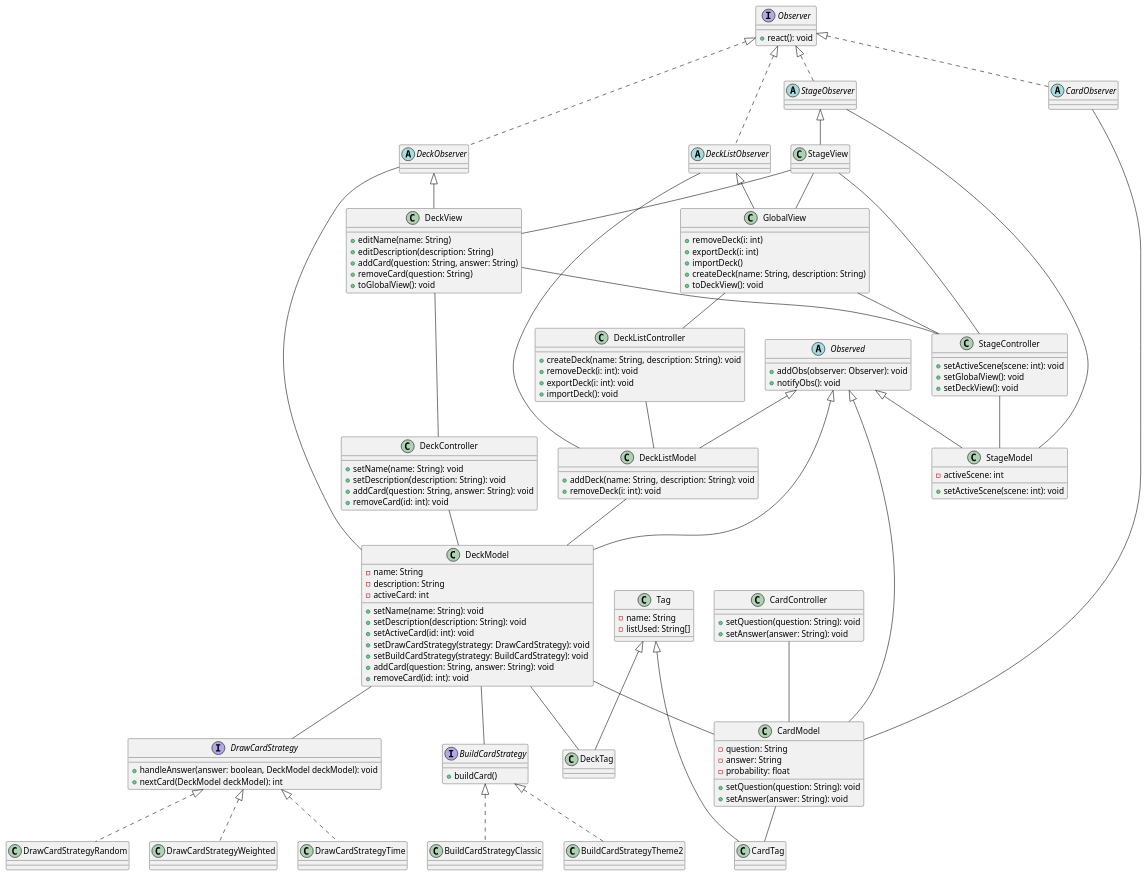
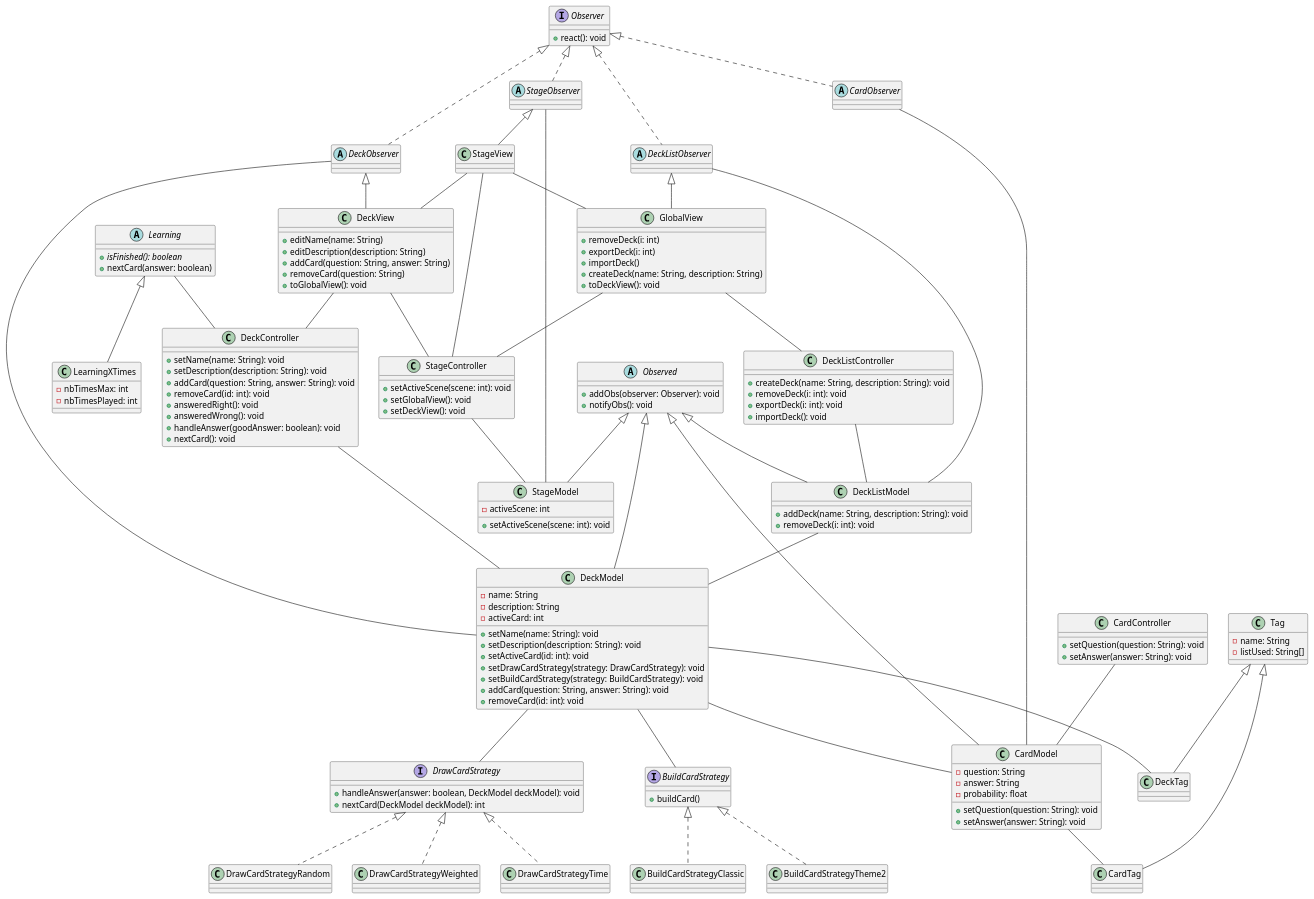
The diagram in GestionProjet/classDiagram.wsd (BigBaz54/TN_Flashcards), drawn with PlantUML before and after one commit.

Commit message:
[+] ajout Learning diagramme

```diff
--- a/GestionProjet/classDiagram.wsd
+++ b/GestionProjet/classDiagram.wsd
@@ -1,161 +1,175 @@
 @startuml
 interface Observer {
     + react(): void
 }
 
 abstract class CardObserver implements Observer {
 }
 
 abstract class DeckObserver implements Observer {
 }
 
 abstract class DeckListObserver implements Observer {
 }
 
 abstract class StageObserver implements Observer {
 }
 
 abstract class Observed {
     + addObs(observer: Observer): void
     + notifyObs(): void
 }
 
 class GlobalView extends DeckListObserver {
     + removeDeck(i: int)
     + exportDeck(i: int)
     + importDeck()
     + createDeck(name: String, description: String)
     + toDeckView(): void
 }
 
 class DeckView extends DeckObserver {
     + editName(name: String)
     + editDescription(description: String)
     + addCard(question: String, answer: String)
     + removeCard(question: String)
     + toGlobalView(): void
 }
 
 class StageView extends StageObserver {
 }
 
 class DeckListModel extends Observed {
     + addDeck(name: String, description: String): void
     + removeDeck(i: int): void
 }
 
 class DeckModel extends Observed {
     - name: String
     - description: String
     - activeCard: int
     + setName(name: String): void
     + setDescription(description: String): void
     + setActiveCard(id: int): void
     + setDrawCardStrategy(strategy: DrawCardStrategy): void
     + setBuildCardStrategy(strategy: BuildCardStrategy): void
     + addCard(question: String, answer: String): void
     + removeCard(id: int): void
 }
 
 class CardModel extends Observed {
     - question: String
     - answer: String
     - probability: float
     + setQuestion(question: String): void
     + setAnswer(answer: String): void
 }
 
 class StageModel extends Observed {
     - activeScene: int
     + setActiveScene(scene: int): void
 }
 
 class DeckListController {
     + createDeck(name: String, description: String): void
     + removeDeck(i: int): void
     + exportDeck(i: int): void
     + importDeck(): void
 }
 
 class DeckController {
     + setName(name: String): void
     + setDescription(description: String): void
     + addCard(question: String, answer: String): void
     + removeCard(id: int): void
+    + answeredRight(): void
+    + answeredWrong(): void
+    + handleAnswer(goodAnswer: boolean): void
+    + nextCard(): void
 }
 
 class CardController {
     + setQuestion(question: String): void
     + setAnswer(answer: String): void
 }
 
 class StageController {
     + setActiveScene(scene: int): void
     + setGlobalView(): void
     + setDeckView(): void
 }
 
 class Tag {
     - name: String
     - listUsed: String[]
 }
 
 class CardTag extends Tag {
 }
 
 class DeckTag extends Tag {
 }
 
 interface DrawCardStrategy {
     + handleAnswer(answer: boolean, DeckModel deckModel): void
     + nextCard(DeckModel deckModel): int
 }
 
 interface BuildCardStrategy {
     + buildCard()
 }
 
 class BuildCardStrategyClassic implements BuildCardStrategy {
 }
 
 class BuildCardStrategyTheme2 implements BuildCardStrategy {
 }
 
 class DrawCardStrategyRandom implements DrawCardStrategy {
 }
 
 class DrawCardStrategyWeighted implements DrawCardStrategy {
 }
 
 class DrawCardStrategyTime implements DrawCardStrategy {
 }
 
+abstract class Learning {
+    + //isFinished(): boolean//
+    + nextCard(answer: boolean)
+}
+
+class LearningXTimes extends Learning {
+    - nbTimesMax: int
+    - nbTimesPlayed: int
+}
+
 CardObserver -- CardModel
 DeckObserver -- DeckModel
 DeckListObserver -- DeckListModel
 StageObserver -- StageModel
 
 GlobalView -- DeckListController
 DeckView -- DeckController
 StageView -- StageController
 GlobalView -- StageController
 DeckView -- StageController
 
 CardController -- CardModel
 DeckController -- DeckModel
 DeckListController -- DeckListModel
 StageController -- StageModel
 
 DeckModel -- DrawCardStrategy
 DeckModel -- BuildCardStrategy
 DeckModel -- CardModel
 DeckListModel -- DeckModel
 
-
 StageView -- DeckView
 StageView -- GlobalView
 
 CardModel -- CardTag
 DeckModel -- DeckTag
 
+Learning -- DeckController
 @enduml
```
